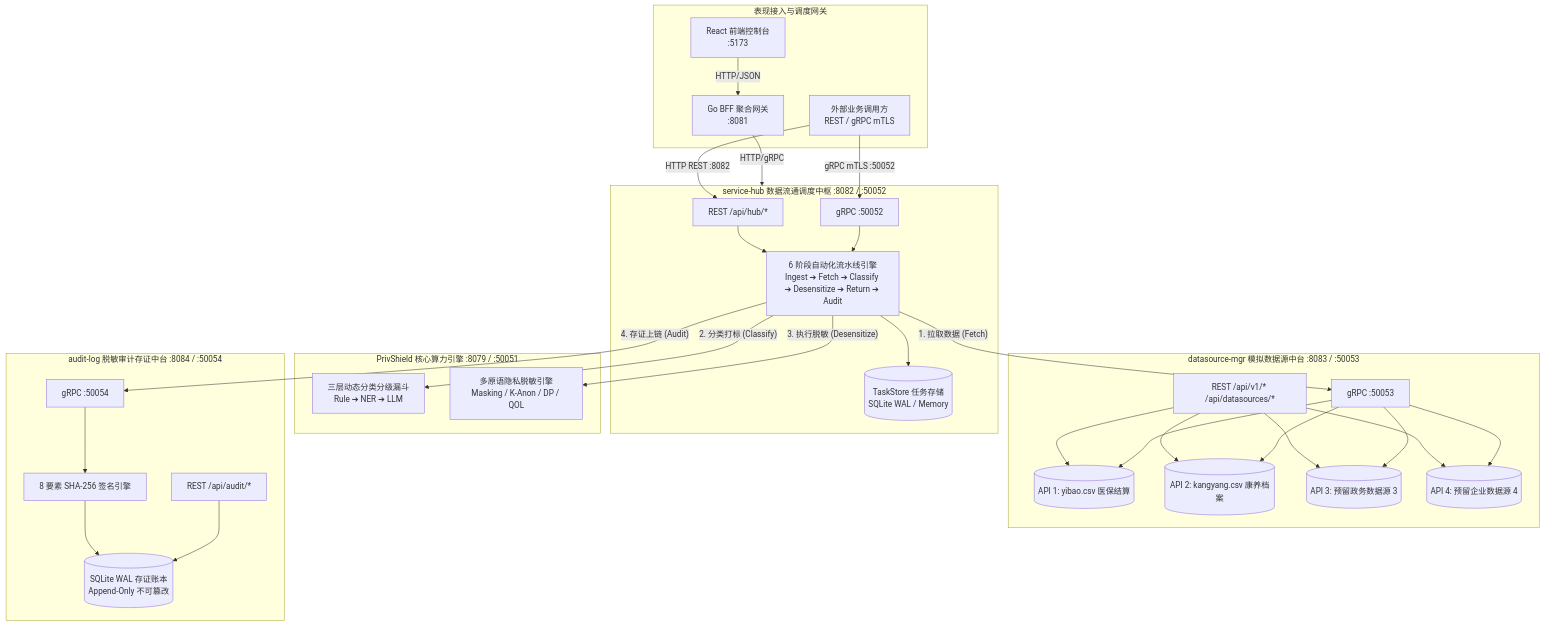
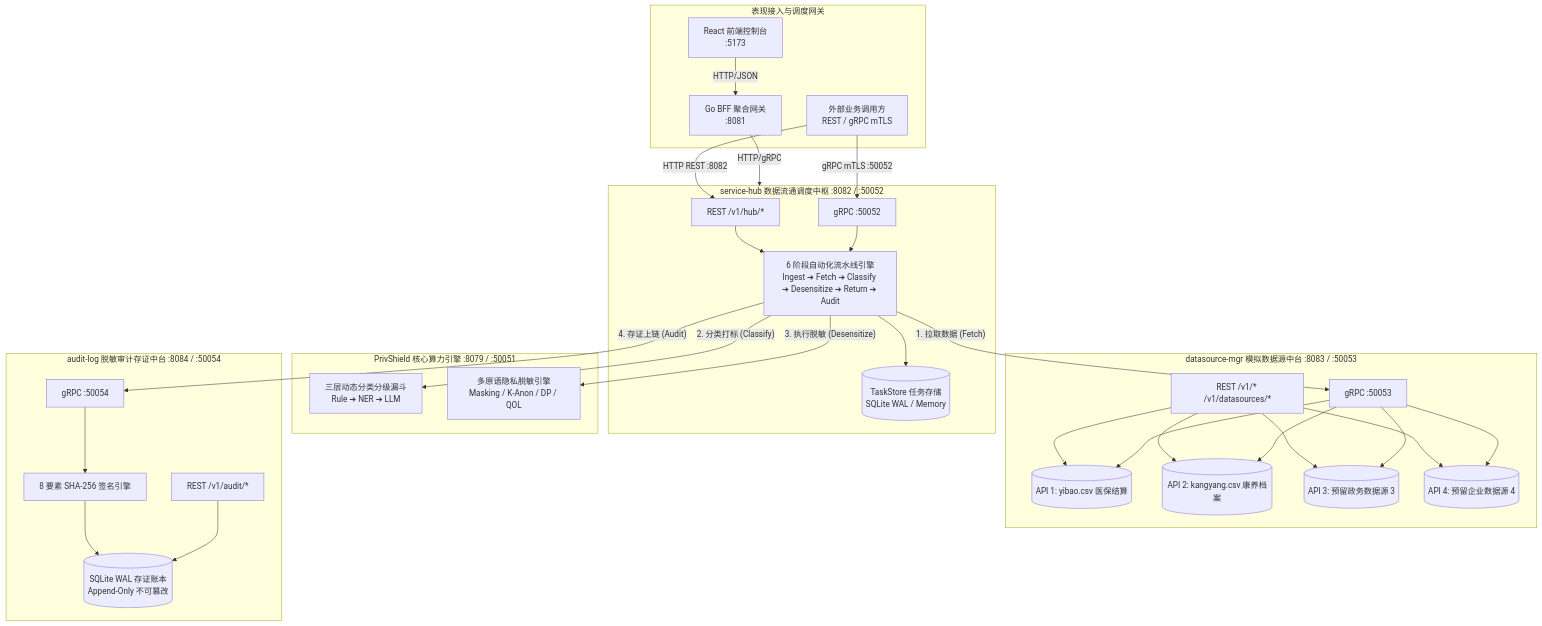
Before and after one commit to fengzhizi319/PrivShield-go: the diagram in README.md, drawn with Mermaid. The commit also changed other lines of this file and 162 other files, not shown here.

First line of the commit message:
refactor(all): 全栈 REST 路由前缀统一为 /v1，移除 /api 段

````diff
--- a/README.md
+++ b/README.md
@@ -77,55 +77,55 @@
 ```mermaid
 graph TD
     subgraph AccessLayer [表现接入与调度网关]
         WebConsole[React 前端控制台<br/>:5173]
         BFF[Go BFF 聚合网关<br/>:8081]
         ExtClient[外部业务调用方<br/>REST / gRPC mTLS]
     end
 
     subgraph ServiceHubNode [service-hub 数据流通调度中枢 :8082 / :50052]
-        HubHTTP[REST /api/hub/*]
+        HubHTTP[REST /v1/hub/*]
         HubGRPC[gRPC :50052]
         PipelineEngine[6 阶段自动化流水线引擎<br/>Ingest ➔ Fetch ➔ Classify ➔ Desensitize ➔ Return ➔ Audit]
         TaskStore[(TaskStore 任务存储<br/>SQLite WAL / Memory)]
     end
 
     subgraph DatasourceMgrNode [datasource-mgr 模拟数据源中台 :8083 / :50053]
-        DSHTTP[REST /api/v1/* /api/datasources/*]
+        DSHTTP[REST /v1/* /v1/datasources/*]
         DSGRPC[gRPC :50053]
         DS1[(API 1: yibao.csv 医保结算)]
         DS2[(API 2: kangyang.csv 康养档案)]
         DS3[(API 3: 预留政务数据源 3)]
         DS4[(API 4: 预留企业数据源 4)]
     end
 
     subgraph PrivacyEngineNode [PrivShield 核心算力引擎 :8079 / :50051]
         FunnelEngine[三层动态分类分级漏斗<br/>Rule ➔ NER ➔ LLM]
         PrivacyPrimitives[多原语隐私脱敏引擎<br/>Masking / K-Anon / DP / QOL]
     end
 
     subgraph AuditLogNode [audit-log 脱敏审计存证中台 :8084 / :50054]
-        AuditHTTP[REST /api/audit/*]
+        AuditHTTP[REST /v1/audit/*]
         AuditGRPC[gRPC :50054]
         HashEngine[8 要素 SHA-256 签名引擎]
         AuditStore[(SQLite WAL 存证账本<br/>Append-Only 不可篡改)]
     end
 
     WebConsole -->|HTTP/JSON| BFF
     BFF -->|HTTP/gRPC| ServiceHubNode
     ExtClient -->|gRPC mTLS :50052| HubGRPC
     ExtClient -->|HTTP REST :8082| HubHTTP
 
     HubHTTP --> PipelineEngine
     HubGRPC --> PipelineEngine
     PipelineEngine --> TaskStore
 
     PipelineEngine -->|"1. 拉取数据 (Fetch)"| DSGRPC
     PipelineEngine -->|"2. 分类打标 (Classify)"| FunnelEngine
     PipelineEngine -->|"3. 执行脱敏 (Desensitize)"| PrivacyPrimitives
     PipelineEngine -->|"4. 存证上链 (Audit)"| AuditGRPC
 
     DSHTTP --> DS1 & DS2 & DS3 & DS4
     DSGRPC --> DS1 & DS2 & DS3 & DS4
     AuditGRPC --> HashEngine --> AuditStore
     AuditHTTP --> AuditStore
 ```
````
